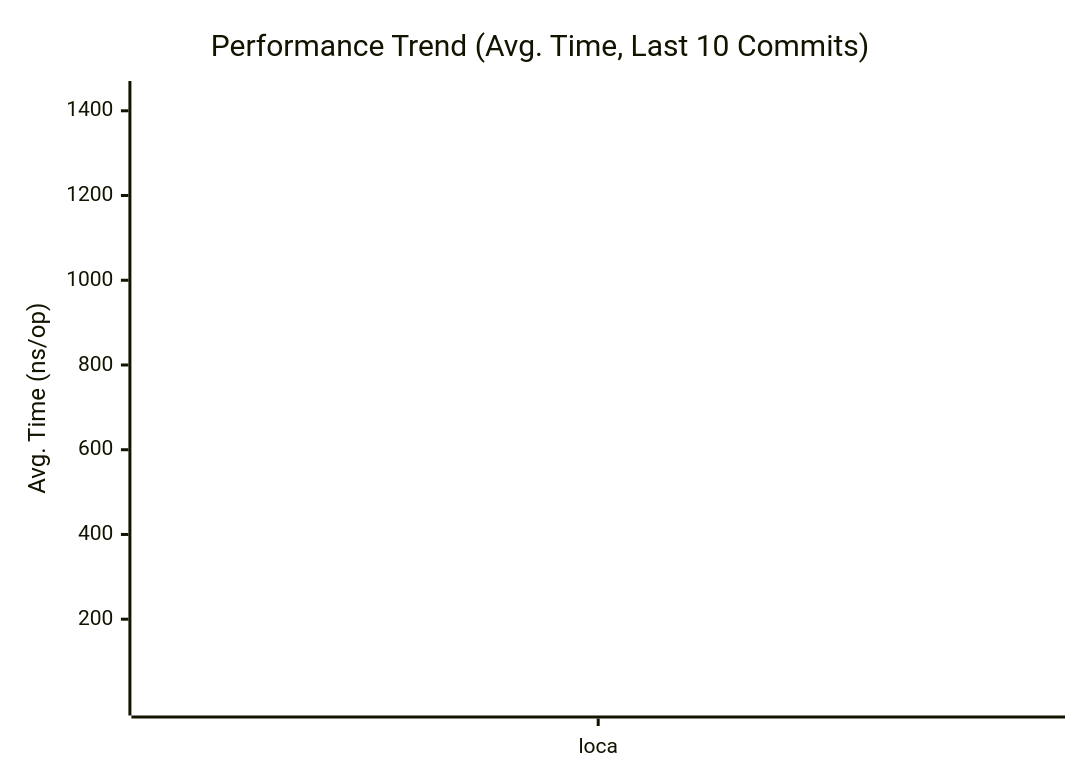
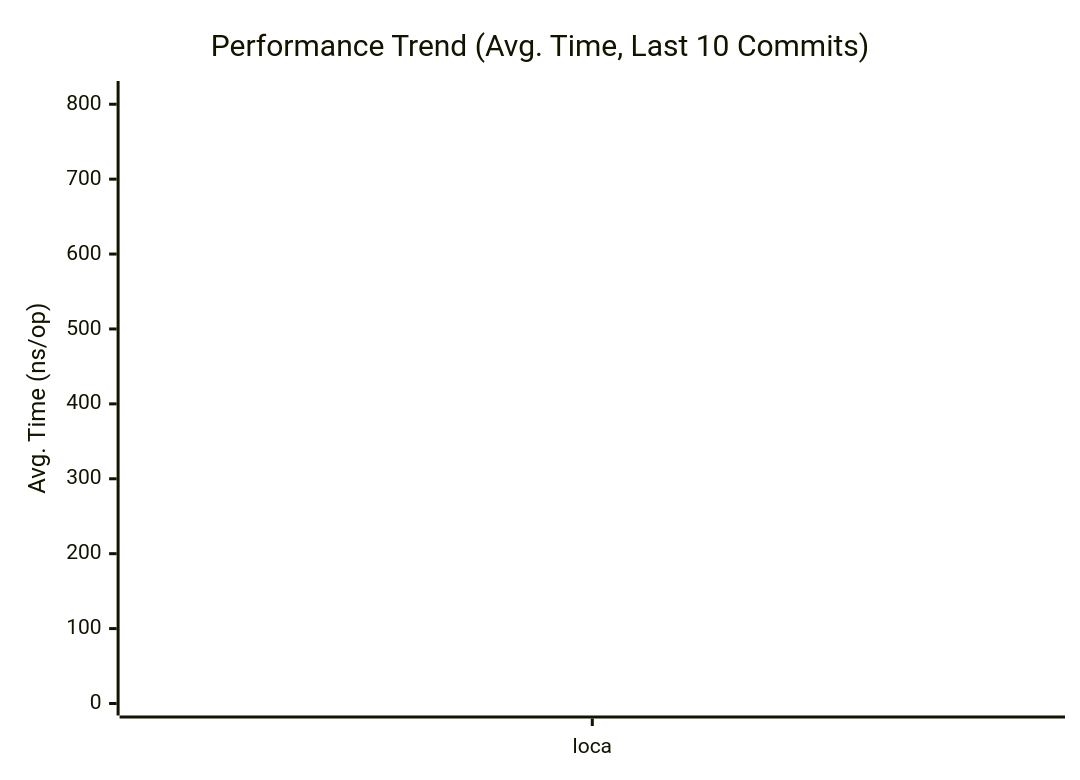
One commit to alsotoes/momo changed the first of 3 diagrams in docs/PERFORMANCE.md. Above: the diagram before and after it, drawn with Mermaid. The commit also changed other lines of this file and 3 other files, not shown here.

````diff
--- a/docs/PERFORMANCE.md
+++ b/docs/PERFORMANCE.md
@@ -80,16 +80,16 @@
 ```mermaid
 xychart-beta
     title "Performance Trend (Avg. Time, Last 10 Commits)"
     x-axis "Commit"
     y-axis "Avg. Time (ns/op)"
     x-axis [loca]
-    line "CheckMetricsAndSwap" [14,7,6,6,7,7,6,8,6,8]
-    line "CrushOptimized" [618,264,255,245,263,280,255,293,317,349]
-    line "CrushOriginal" [831,362,367,368,359,367,362,401,371,446]
-    line "IndexDirectTracking" [1,0,0,0,0,0,0,0,0,0]
-    line "IndexSearch" [4,3,3,3,3,3,3,3,3,3]
-    line "LoadGlobalConfig" [1442,632,613,599,626,637,616,649,706,1159]
-    line "PadString" [3,2,2,2,2,2,2,2,2,2]
+    line "CheckMetricsAndSwap" [7,14,7,6,6,7,7,6,8,6]
+    line "CrushOptimized" [295,618,264,255,245,263,280,255,293,317]
+    line "CrushOriginal" [426,831,362,367,368,359,367,362,401,371]
+    line "IndexDirectTracking" [0,1,0,0,0,0,0,0,0,0]
+    line "IndexSearch" [3,4,3,3,3,3,3,3,3,3]
+    line "LoadGlobalConfig" [815,1442,632,613,599,626,637,616,649,706]
+    line "PadString" [2,3,2,2,2,2,2,2,2,2]
     line "ParseReplicationOrder_NoPrealloc" [350,349,357,354,345,225,229,165,232,234]
     line "ParseReplicationOrder_Prealloc" [229,231,237,234,229,108,107,80,110,109]
 ```
````
